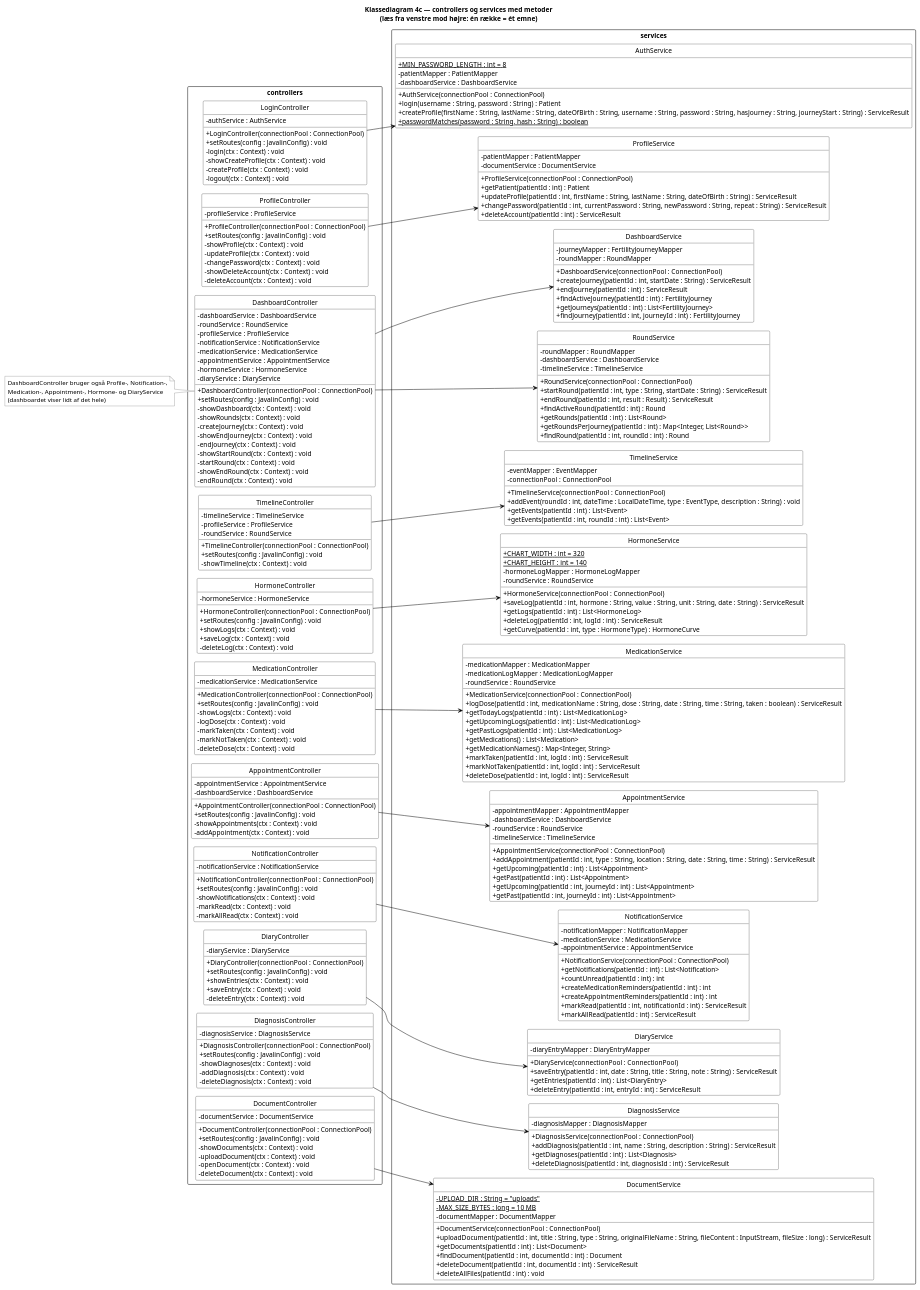
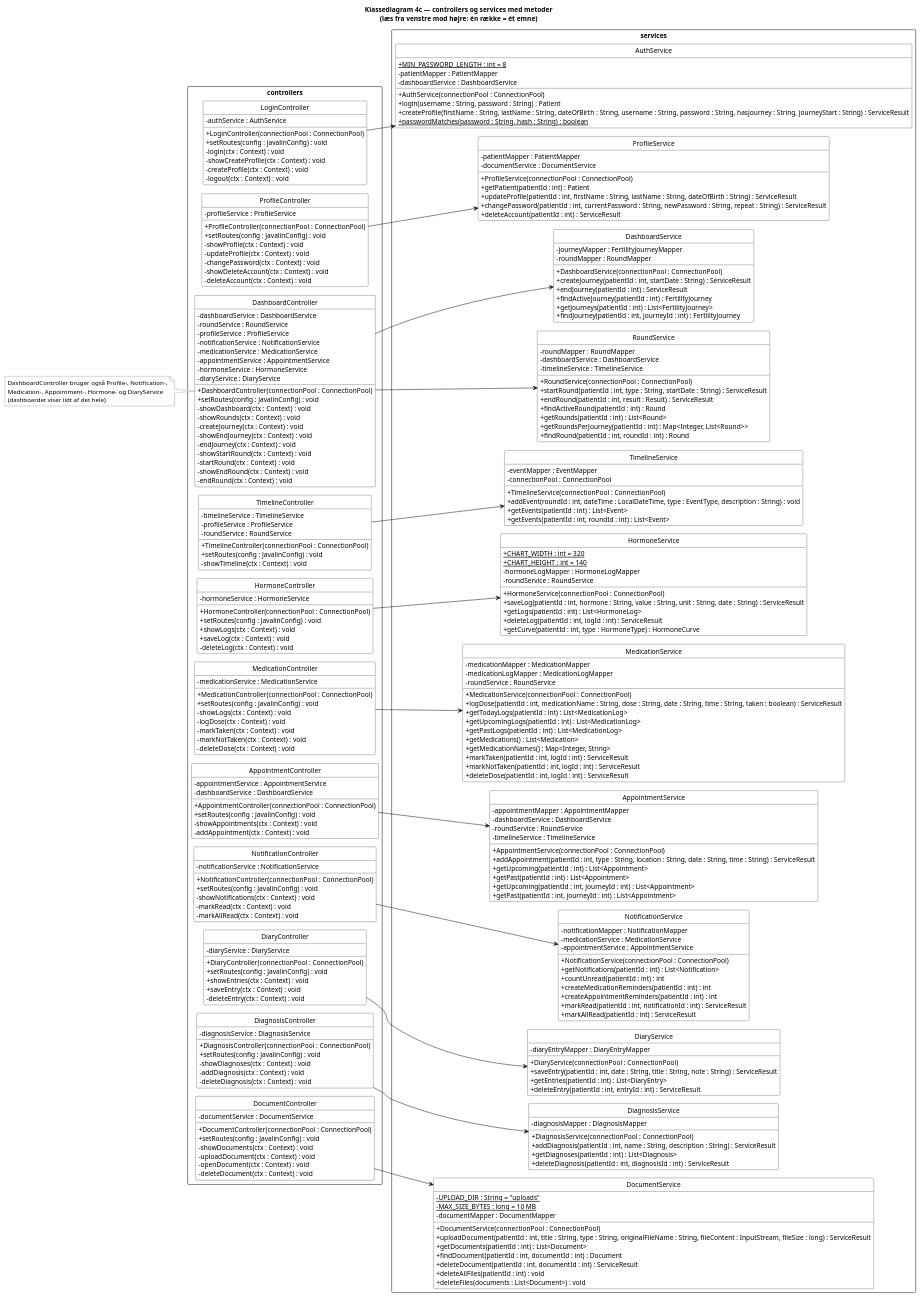
One commit to BesimaP/Simpl-PET-project changed the diagram in doc/static/Klassediagram4c.puml. Above: the diagram before and after it, drawn with PlantUML. The commit also changed 51 other files, not shown here.

```diff
--- a/doc/static/Klassediagram4c.puml
+++ b/doc/static/Klassediagram4c.puml
@@ -276,6 +276,7 @@
     + findDocument(patientId : int, documentId : int) : Document
     + deleteDocument(patientId : int, documentId : int) : ServiceResult
     + deleteAllFiles(patientId : int) : void
+    + deleteFiles(documents : List<Document>) : void
   }
 }
 
```
